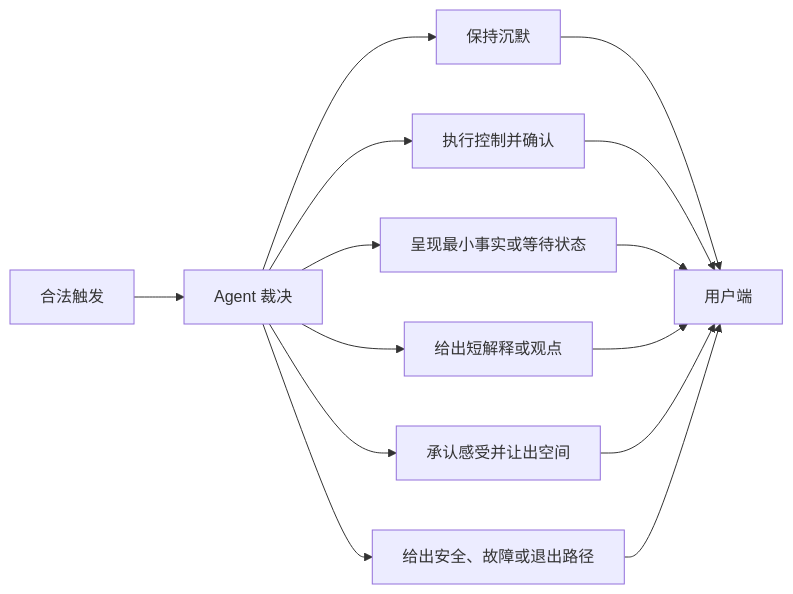
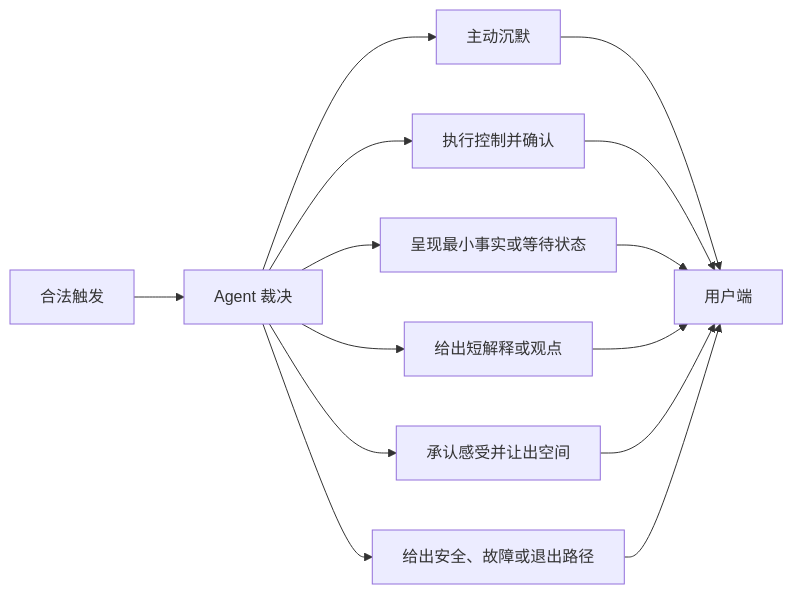
Before and after one commit to weiz98417-crypto/qiuqiu: the second of 8 diagrams in docs/球球全套资料/4.产品设计/33A-数字球友Agent运行时与决策编排设计.md, drawn with Mermaid. The commit also changed other lines of this file and 49 other files, not shown here.

```diff
--- a/docs/球球全套资料/4.产品设计/33A-数字球友Agent运行时与决策编排设计.md
+++ b/docs/球球全套资料/4.产品设计/33A-数字球友Agent运行时与决策编排设计.md
@@ -94,16 +94,16 @@
 ~~~mermaid
 flowchart LR
     I["合法触发"] --> D["Agent 裁决"]
-    D --> N["保持沉默"]
+    D --> N["主动沉默"]
     D --> C["执行控制并确认"]
     D --> F["呈现最小事实或等待状态"]
     D --> E["给出短解释或观点"]
     D --> M["承认感受并让出空间"]
     D --> S["给出安全、故障或退出路径"]
     N --> U["用户端"]
     C --> U
     F --> U
     E --> U
     M --> U
     S --> U
 ~~~
```
